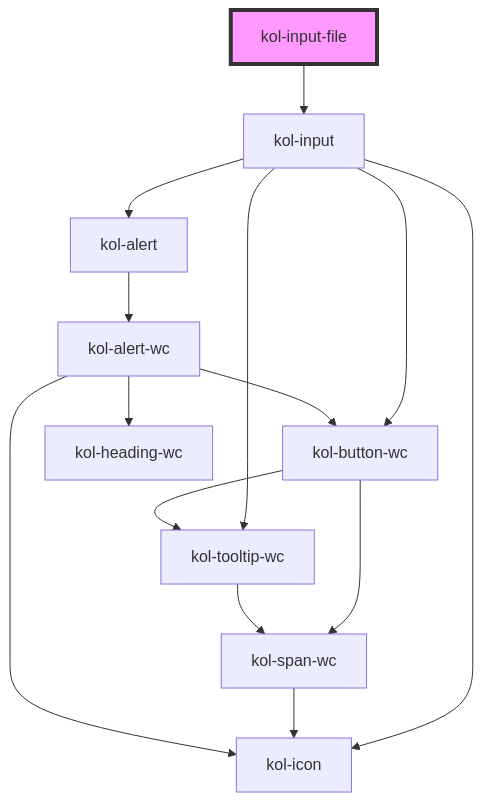
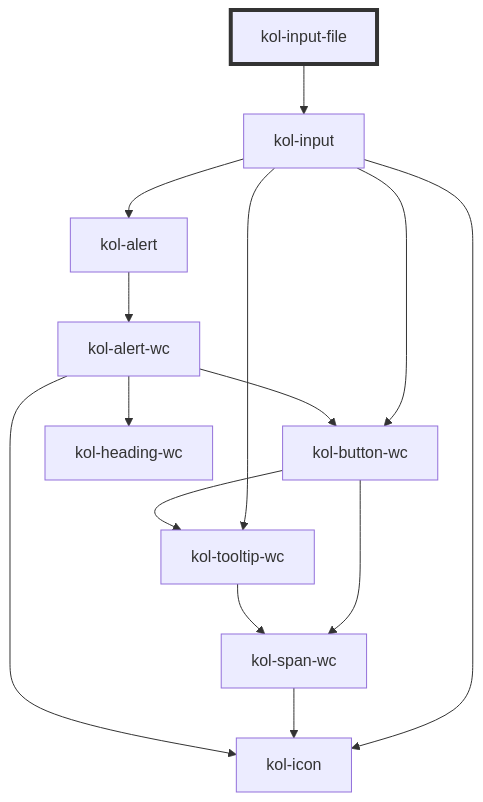
The diagram in packages/components/src/components/input-file/readme.md (public-ui/kolibri), drawn with Mermaid before and after one commit. The commit also changed 40 other files, not shown here.

````diff
--- a/packages/components/src/components/input-file/readme.md
+++ b/packages/components/src/components/input-file/readme.md
@@ -89,17 +89,17 @@
 ```mermaid
 graph TD;
   kol-input-file --> kol-input
   kol-input --> kol-icon
   kol-input --> kol-button-wc
   kol-input --> kol-tooltip-wc
   kol-input --> kol-alert
   kol-button-wc --> kol-span-wc
   kol-button-wc --> kol-tooltip-wc
   kol-span-wc --> kol-icon
   kol-tooltip-wc --> kol-span-wc
   kol-alert --> kol-alert-wc
   kol-alert-wc --> kol-heading-wc
   kol-alert-wc --> kol-button-wc
   kol-alert-wc --> kol-icon
-  style kol-input-file fill:#f9f,stroke:#333,stroke-width:4px
+  style kol-input-file stroke:#333,stroke-width:4px
 ```
````
